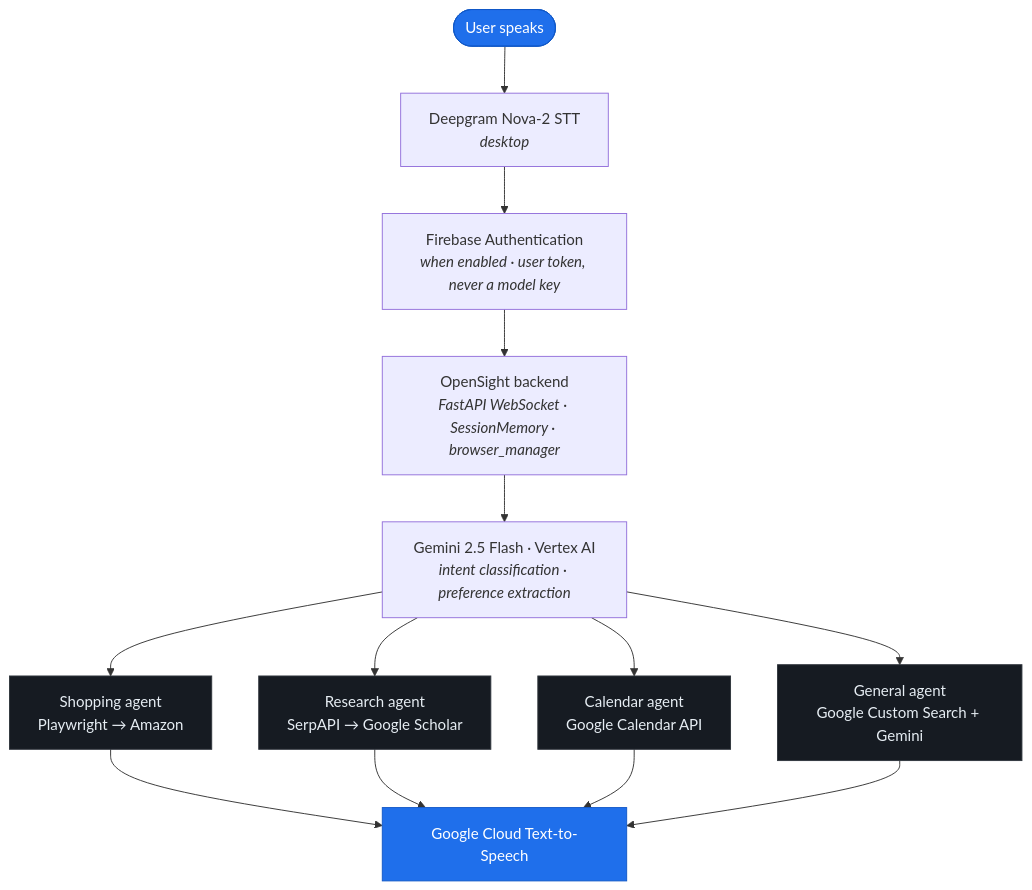
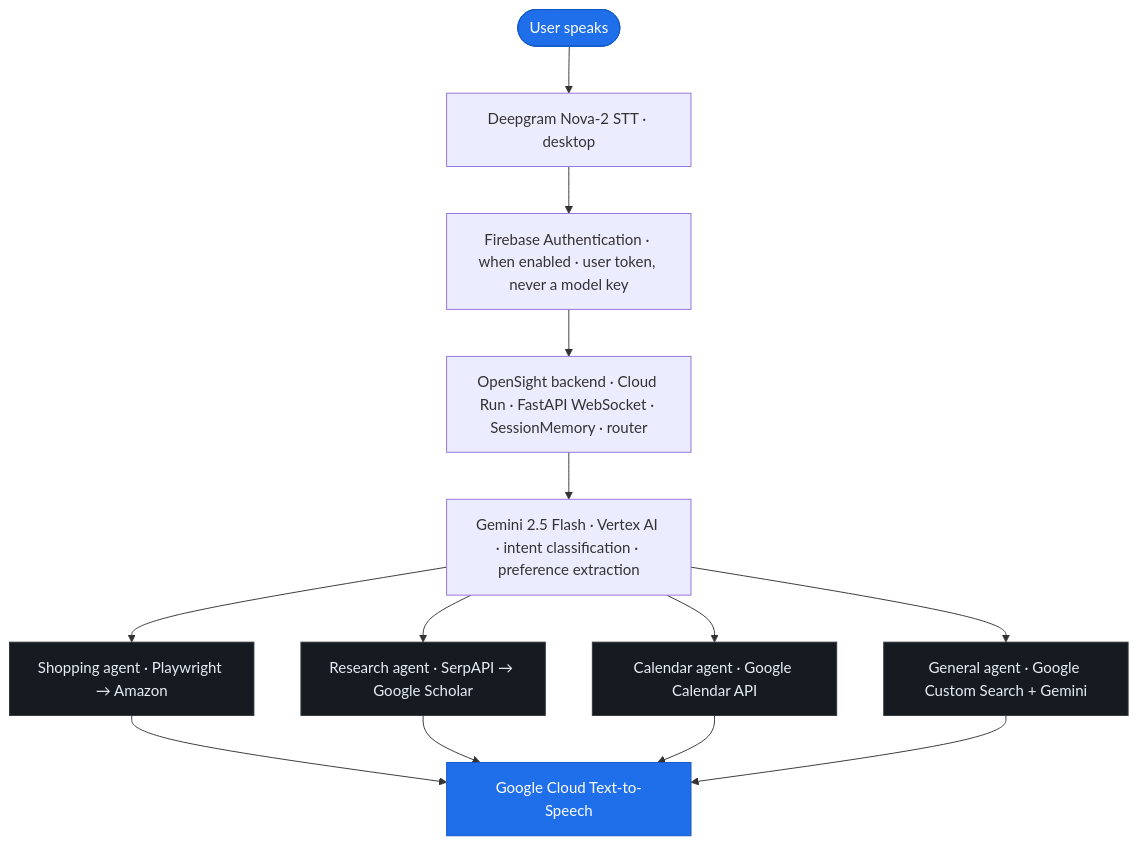
Before and after one commit to abhisomala/OpenSight_GDGChallenge_2026: the diagram in README.md, drawn with Mermaid. The commit also changed other lines of this file and 8 other files, not shown here.

````diff
--- a/README.md
+++ b/README.md
@@ -97,20 +97,20 @@
 ```mermaid
 flowchart TD
-    A([User speaks]):::io --> B[Deepgram Nova-2 STT<br/><i>desktop</i>]
-    B --> C[Firebase Authentication<br/><i>when enabled · user token, never a model key</i>]
-    C --> D[OpenSight backend<br/><i>FastAPI WebSocket · SessionMemory · browser_manager</i>]
-    D --> E[Gemini 2.5 Flash · Vertex AI<br/><i>intent classification · preference extraction</i>]
+    A([User speaks]):::io --> B[Deepgram Nova-2 STT · desktop]
+    B --> C[Firebase Authentication · when enabled · user token, never a model key]
+    C --> D[OpenSight backend · Cloud Run · FastAPI WebSocket · SessionMemory · router]
+    D --> E[Gemini 2.5 Flash · Vertex AI · intent classification · preference extraction]
 
-    E --> F[Shopping agent<br/>Playwright → Amazon]:::agent
-    E --> G[Research agent<br/>SerpAPI → Google Scholar]:::agent
-    E --> H[Calendar agent<br/>Google Calendar API]:::agent
-    E --> I[General agent<br/>Google Custom Search + Gemini]:::agent
+    E --> F[Shopping agent · Playwright → Amazon]:::agent
+    E --> G[Research agent · SerpAPI → Google Scholar]:::agent
+    E --> H[Calendar agent · Google Calendar API]:::agent
+    E --> I[General agent · Google Custom Search + Gemini]:::agent
 
     F --> J[Google Cloud Text-to-Speech]:::io
     G --> J
     H --> J
     I --> J
 
     classDef io fill:#1f6feb,stroke:#1158c7,color:#ffffff
     classDef agent fill:#161b22,stroke:#30363d,color:#e6edf3
 ```
````
